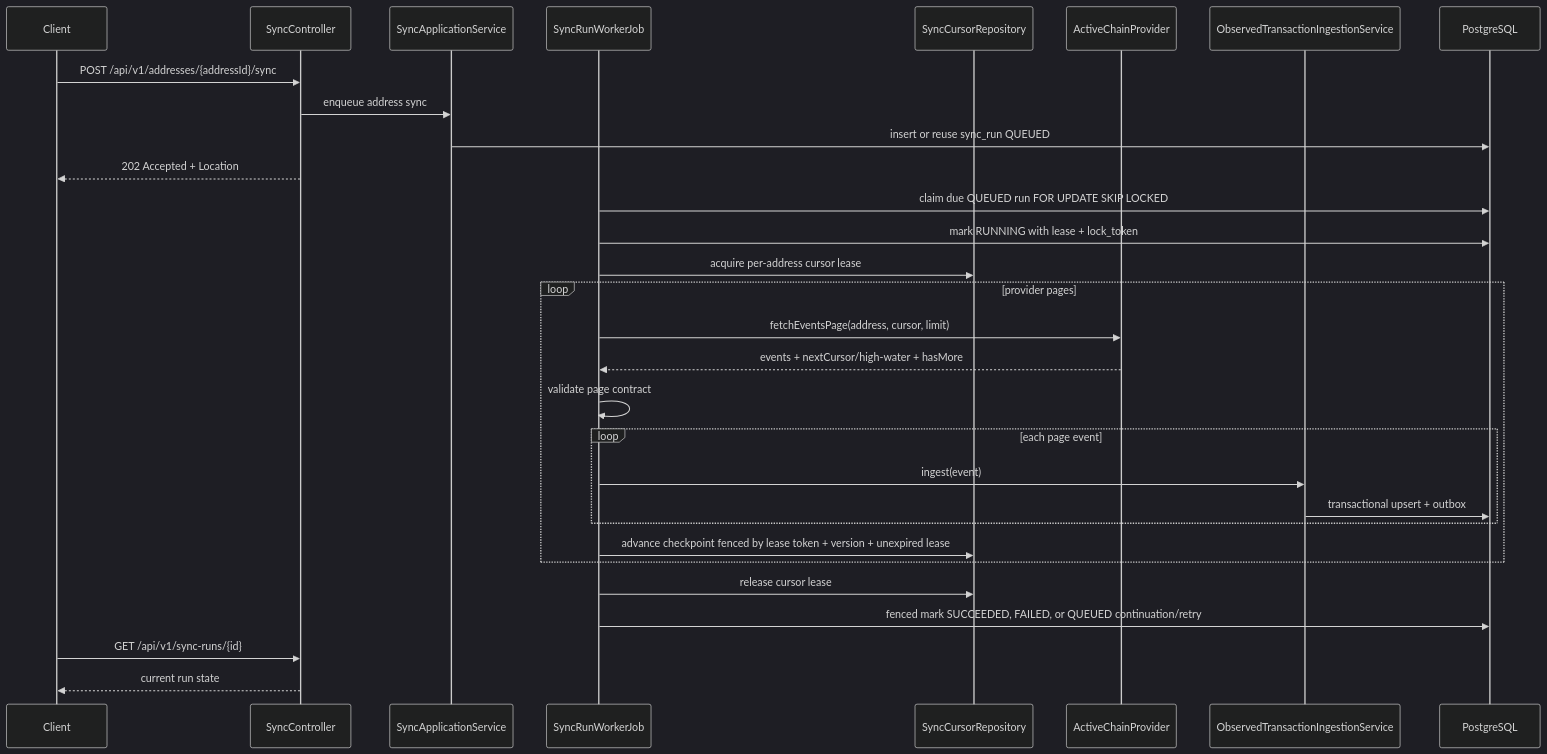
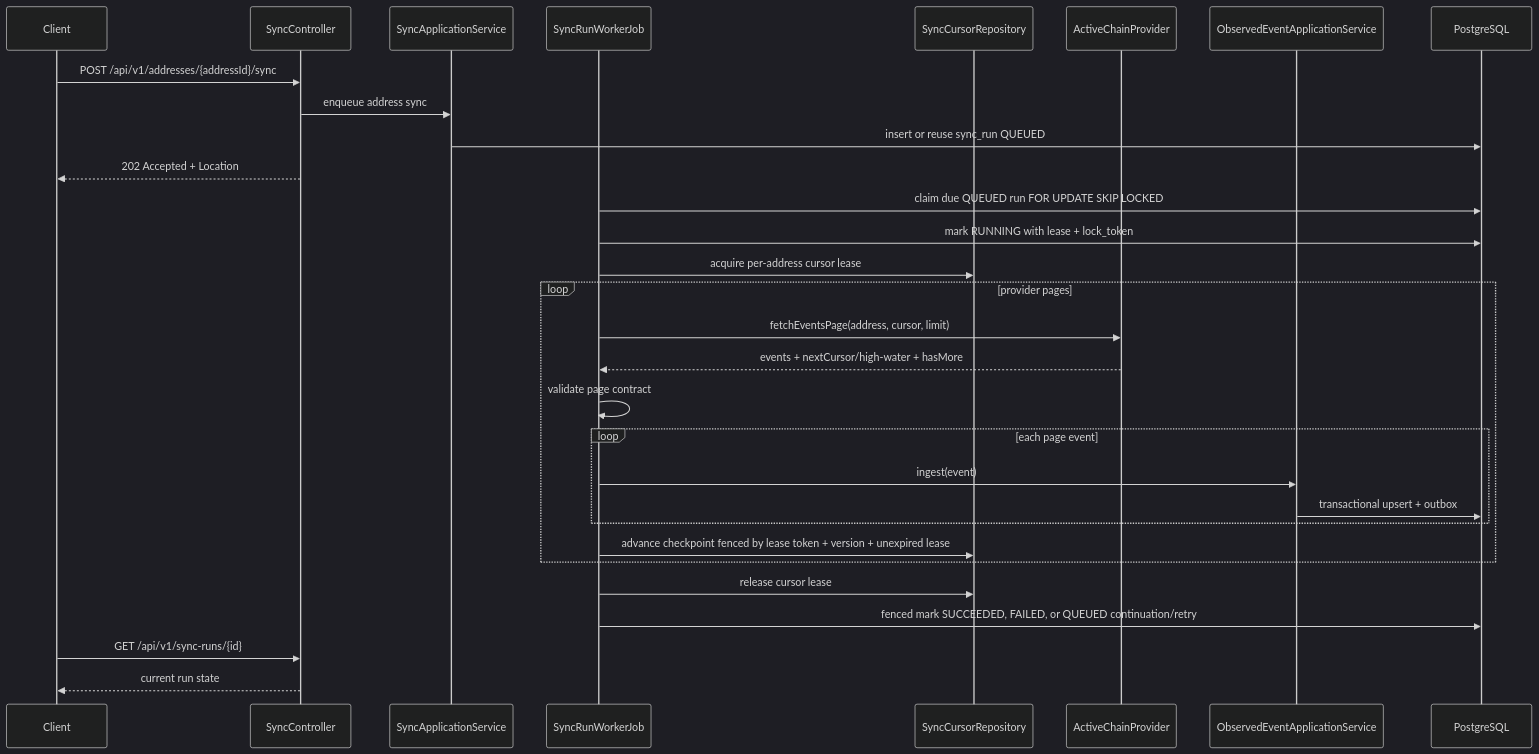
Before and after one commit to AsyncAssassin/asset-sync-service: the second of 8 diagrams in docs/architecture.md, drawn with Mermaid (dark theme). The commit also changed other lines of this file and 3 other files, not shown here.

````diff
--- a/docs/architecture.md
+++ b/docs/architecture.md
@@ -148,33 +149,33 @@
 ```mermaid
 sequenceDiagram
     participant Client
     participant API as SyncController
     participant Sync as SyncApplicationService
     participant Worker as SyncRunWorkerJob
     participant Cursor as SyncCursorRepository
     participant Provider as ActiveChainProvider
-    participant Ingest as ObservedTransactionIngestionService
+    participant Ingest as ObservedEventApplicationService
     participant DB as PostgreSQL
 
     Client->>API: POST /api/v1/addresses/{addressId}/sync
     API->>Sync: enqueue address sync
     Sync->>DB: insert or reuse sync_run QUEUED
     API-->>Client: 202 Accepted + Location
     Worker->>DB: claim due QUEUED run FOR UPDATE SKIP LOCKED
     Worker->>DB: mark RUNNING with lease + lock_token
     Worker->>Cursor: acquire per-address cursor lease
     loop provider pages
         Worker->>Provider: fetchEventsPage(address, cursor, limit)
         Provider-->>Worker: events + nextCursor/high-water + hasMore
         Worker->>Worker: validate page contract
         loop each page event
             Worker->>Ingest: ingest(event)
             Ingest->>DB: transactional upsert + outbox
         end
         Worker->>Cursor: advance checkpoint fenced by lease token + version + unexpired lease
     end
     Worker->>Cursor: release cursor lease
     Worker->>DB: fenced mark SUCCEEDED, FAILED, or QUEUED continuation/retry
     Client->>API: GET /api/v1/sync-runs/{id}
     API-->>Client: current run state
 ```
````
